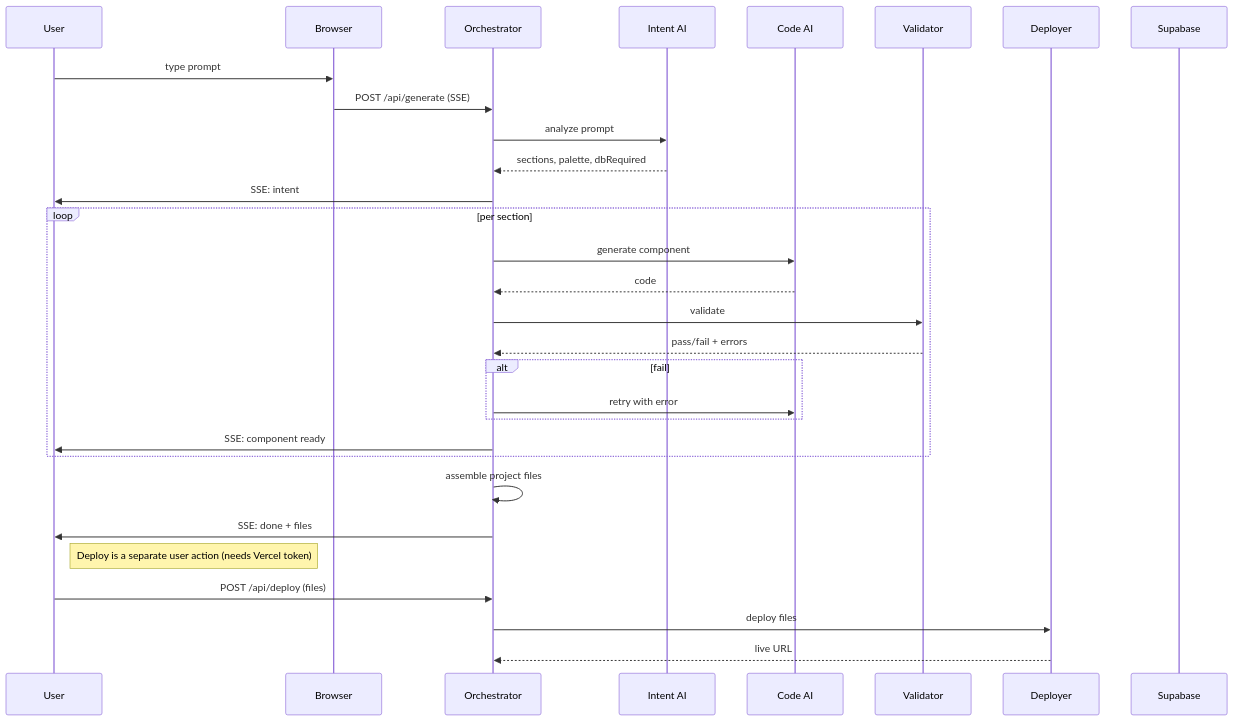
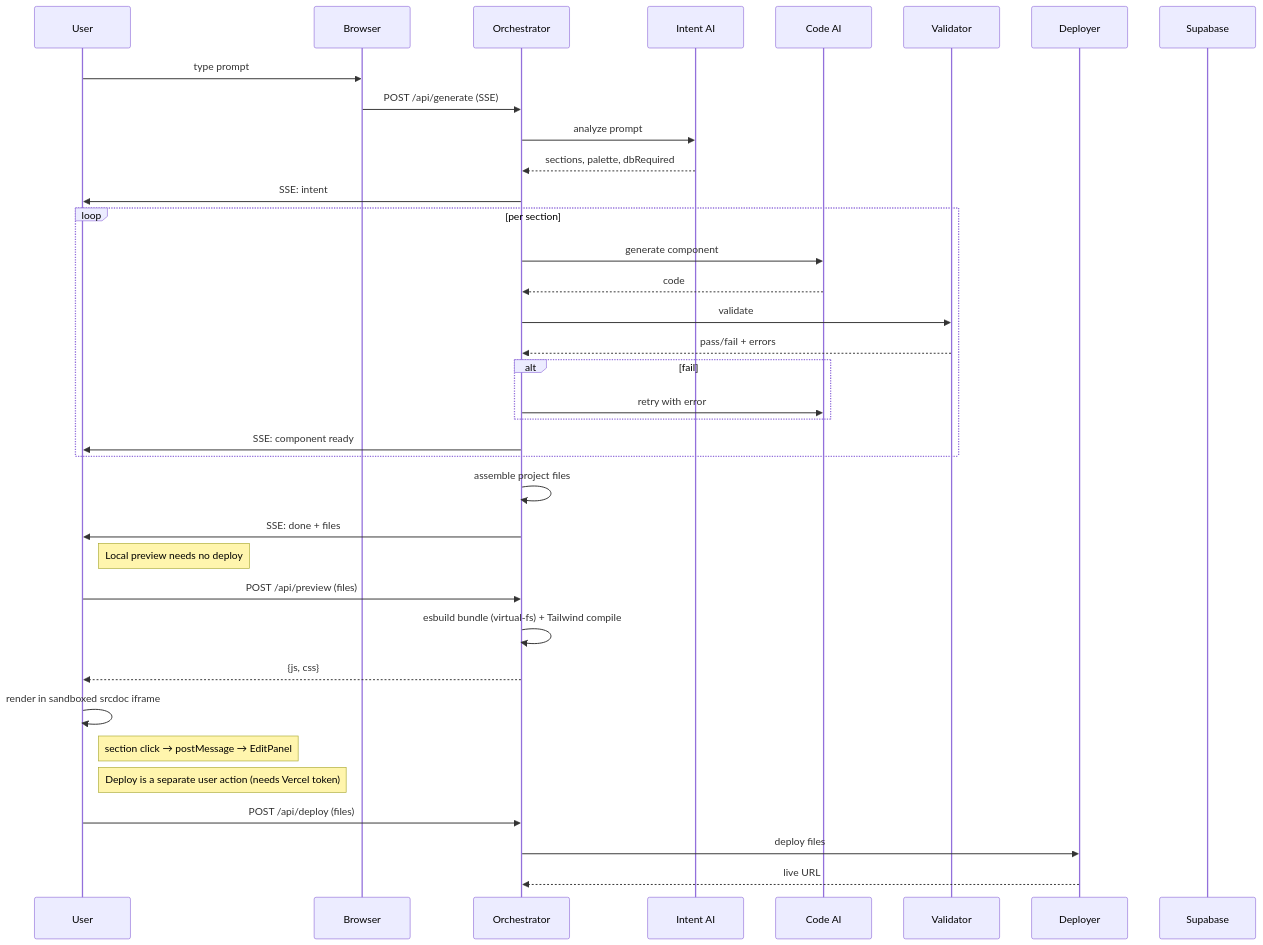
The second of 2 diagrams in docs/architecture.md (ezpectus/forgeai), drawn with Mermaid before and after one commit. The commit also changed other lines of this file and 8 other files, not shown here.

````diff
--- a/docs/architecture.md
+++ b/docs/architecture.md
@@ -82,36 +88,43 @@
 ```mermaid
 sequenceDiagram
     participant U as User
     participant B as Browser
     participant O as Orchestrator
     participant I as Intent AI
     participant C as Code AI
     participant V as Validator
     participant D as Deployer
     participant S as Supabase
 
     U->>B: type prompt
     B->>O: POST /api/generate (SSE)
     O->>I: analyze prompt
     I-->>O: sections, palette, dbRequired
     O->>U: SSE: intent
 
     loop per section
         O->>C: generate component
         C-->>O: code
         O->>V: validate
         V-->>O: pass/fail + errors
         alt fail
             O->>C: retry with error
         end
         O->>U: SSE: component ready
     end
 
     O->>O: assemble project files
     O->>U: SSE: done + files
 
+    Note right of U: Local preview needs no deploy
+    U->>O: POST /api/preview (files)
+    O->>O: esbuild bundle (virtual-fs) + Tailwind compile
+    O-->>U: {js, css}
+    U->>U: render in sandboxed srcdoc iframe
+    Note right of U: section click → postMessage → EditPanel
+
     Note right of U: Deploy is a separate user action (needs Vercel token)
     U->>O: POST /api/deploy (files)
     O->>D: deploy files
     D-->>O: live URL
 ```
````
